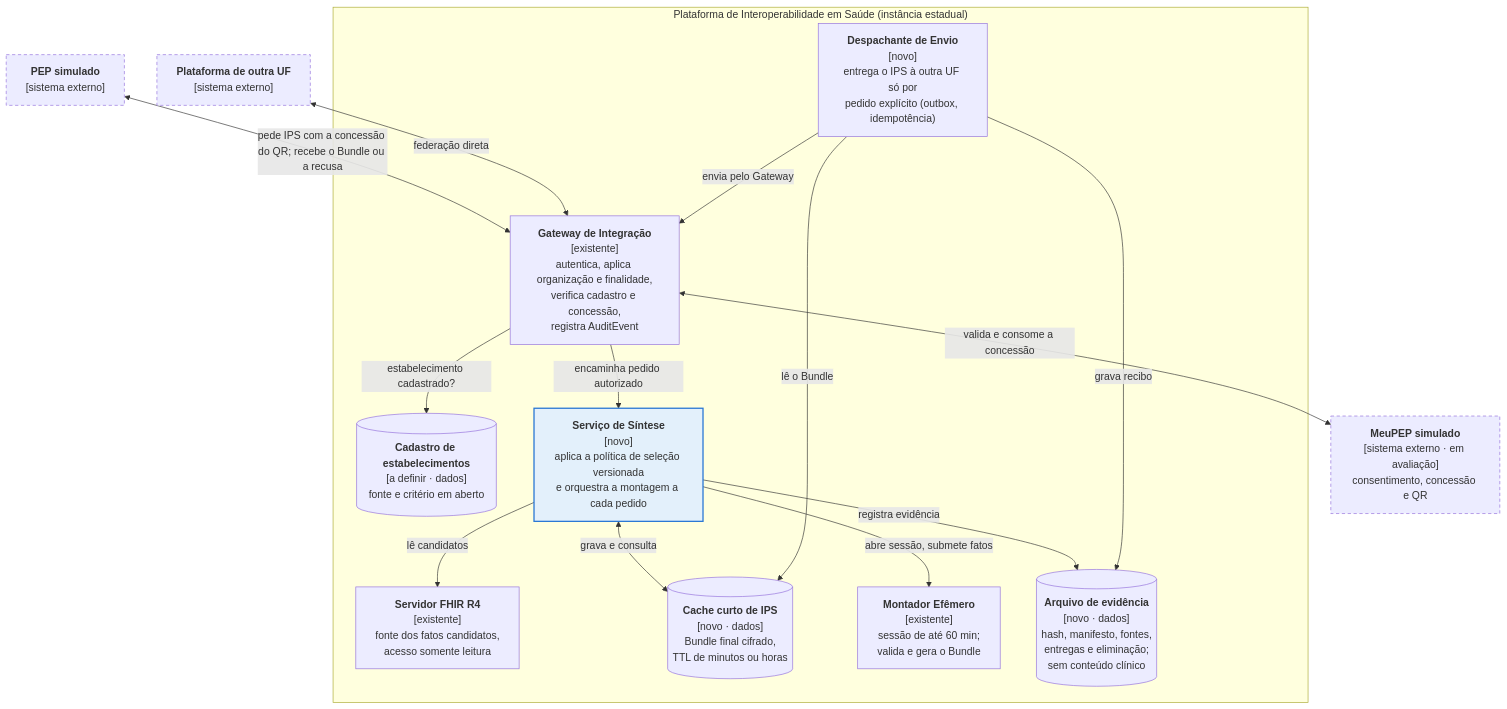
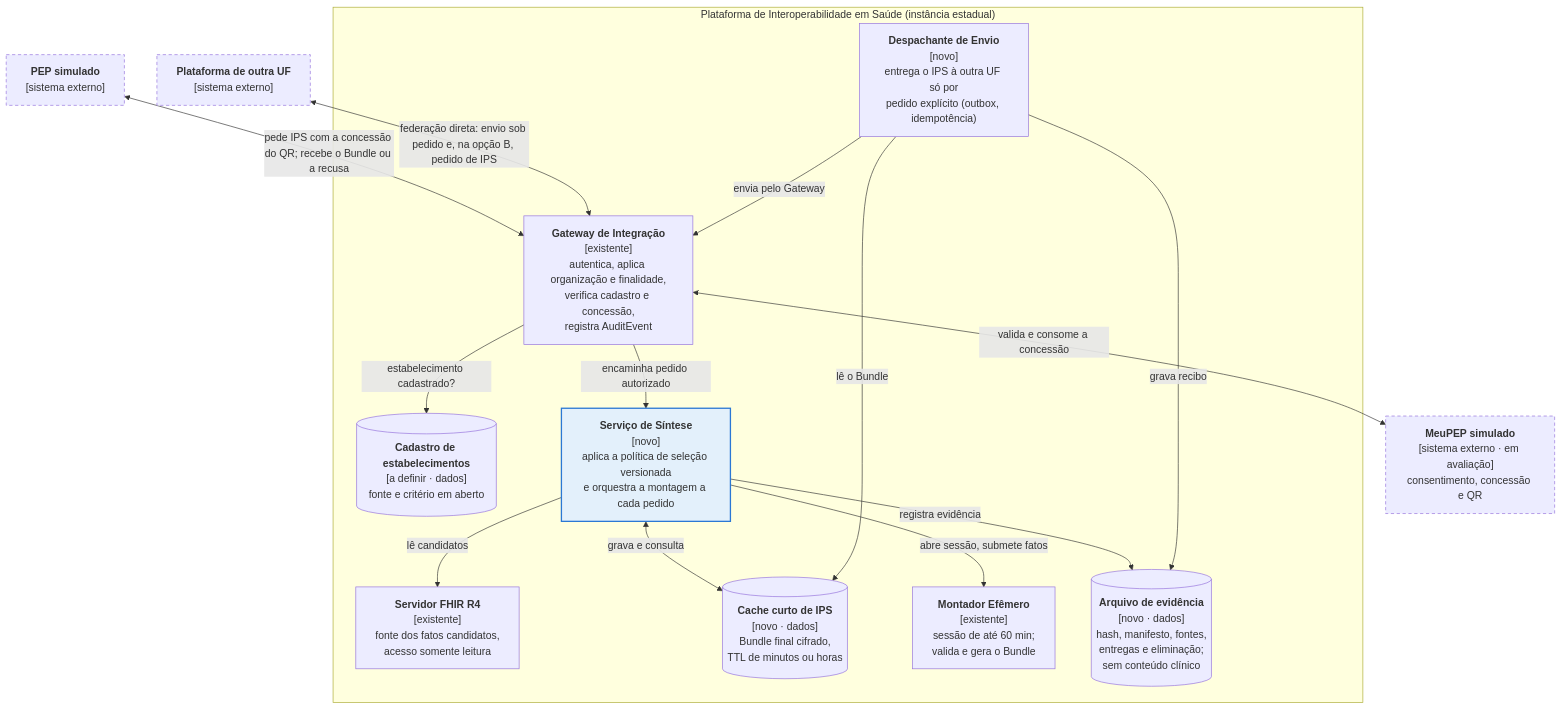
One commit to kyriosdata/design-2026-02 changed the second of 7 diagrams in docs/diagramas-c4-ips.md. Above: the diagram before and after it, drawn with Mermaid. The commit also changed other lines of this file and 1 other file, not shown here.

First line of the commit message:
docs(ips): opção B, acesso a partir de outra UF via QR code

````diff
--- a/docs/diagramas-c4-ips.md
+++ b/docs/diagramas-c4-ips.md
@@ -44,35 +45,35 @@
 ```mermaid
 flowchart TB
     pep["<b>PEP simulado</b><br/>[sistema externo]"]
     meupep["<b>MeuPEP simulado</b><br/>[sistema externo · em avaliação]<br/>consentimento, concessão e QR"]
     uf["<b>Plataforma de outra UF</b><br/>[sistema externo]"]
 
     subgraph plat["Plataforma de Interoperabilidade em Saúde (instância estadual)"]
         gw["<b>Gateway de Integração</b><br/>[existente]<br/>autentica, aplica organização e finalidade,<br/>verifica cadastro e concessão,<br/>registra AuditEvent"]
         cad[("<b>Cadastro de estabelecimentos</b><br/>[a definir · dados]<br/>fonte e critério em aberto")]
         fhir["<b>Servidor FHIR R4</b><br/>[existente]<br/>fonte dos fatos candidatos,<br/>acesso somente leitura"]
         sint["<b>Serviço de Síntese</b><br/>[novo]<br/>aplica a política de seleção versionada<br/>e orquestra a montagem a cada pedido"]
         cache[("<b>Cache curto de IPS</b><br/>[novo · dados]<br/>Bundle final cifrado,<br/>TTL de minutos ou horas")]
         mont["<b>Montador Efêmero</b><br/>[existente]<br/>sessão de até 60 min;<br/>valida e gera o Bundle"]
         arq[("<b>Arquivo de evidência</b><br/>[novo · dados]<br/>hash, manifesto, fontes,<br/>entregas e eliminação;<br/>sem conteúdo clínico")]
         desp["<b>Despachante de Envio</b><br/>[novo]<br/>entrega o IPS à outra UF só por<br/>pedido explícito (outbox, idempotência)"]
     end
 
     pep <-->|"pede IPS com a concessão do QR; recebe o Bundle ou a recusa"| gw
     gw -->|"estabelecimento cadastrado?"| cad
     gw <-->|"valida e consome a concessão"| meupep
-    uf <-->|"federação direta"| gw
+    uf <-->|"federação direta: envio sob pedido e, na opção B, pedido de IPS"| gw
     gw -->|"encaminha pedido autorizado"| sint
     sint -->|"lê candidatos"| fhir
     sint <-->|"grava e consulta"| cache
     sint -->|"abre sessão, submete fatos"| mont
     sint -->|"registra evidência"| arq
     desp -->|"lê o Bundle"| cache
     desp -->|"grava recibo"| arq
     desp -->|"envia pelo Gateway"| gw
 
     classDef novo fill:#e3f0fb,stroke:#2b78d4,stroke-width:2px
     classDef ext stroke-dasharray:5 4
     class sint novo
     class pep,uf,meupep ext
 ```
````
